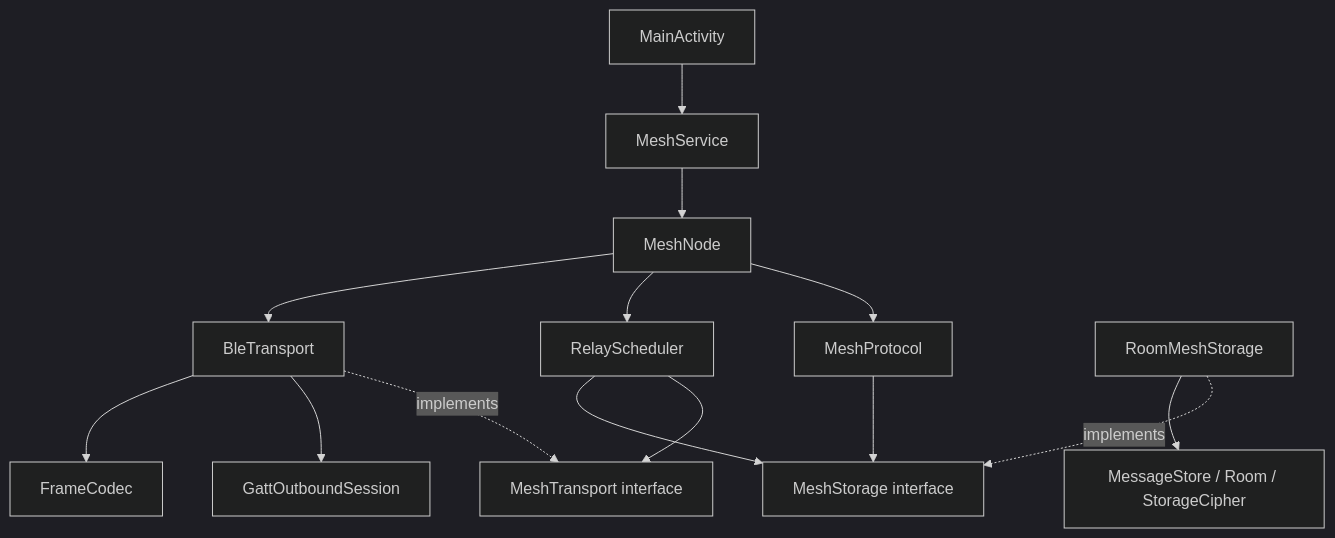
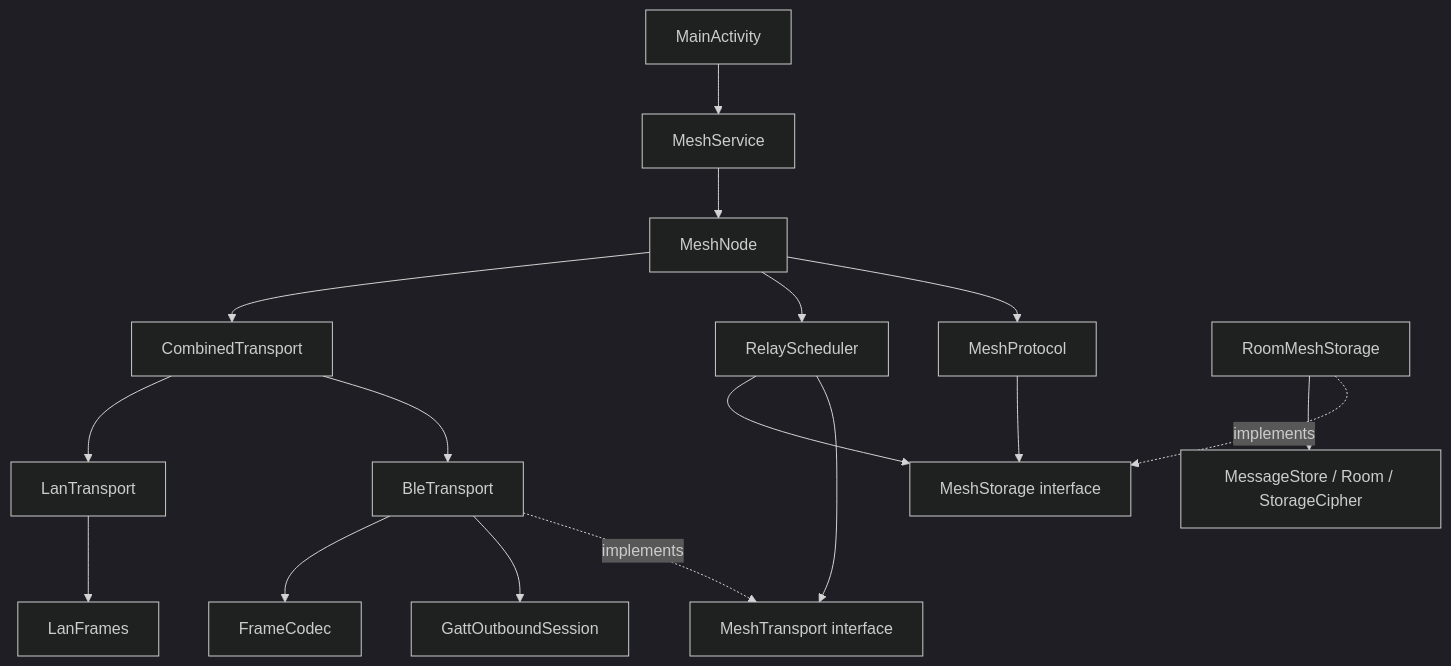
One commit to mittalsukhansh/OffGrid changed the diagram in ARCHITECTURE.md. Above: the diagram before and after it, drawn with Mermaid (dark theme). The commit also changed other lines of this file and 32 other files, not shown here.

````diff
--- a/ARCHITECTURE.md
+++ b/ARCHITECTURE.md
@@ -18,16 +20,19 @@
 ```mermaid
 flowchart TD
   UI[MainActivity] --> Service[MeshService]
   Service --> Node[MeshNode]
   Node --> Protocol[MeshProtocol]
   Node --> Relay[RelayScheduler]
-  Node --> BLE[BleTransport]
+  Node --> Combined[CombinedTransport]
+  Combined --> BLE[BleTransport]
+  Combined --> LAN[LanTransport]
+  LAN --> LANCodec[LanFrames]
   Relay --> Transport[MeshTransport interface]
   BLE -. implements .-> Transport
   BLE --> GATT[GattOutboundSession]
   BLE --> Codec[FrameCodec]
   Protocol --> Storage[MeshStorage interface]
   Relay --> Storage
   RoomAdapter[RoomMeshStorage] -. implements .-> Storage
   RoomAdapter --> Store[MessageStore / Room / StorageCipher]
 ```
````
